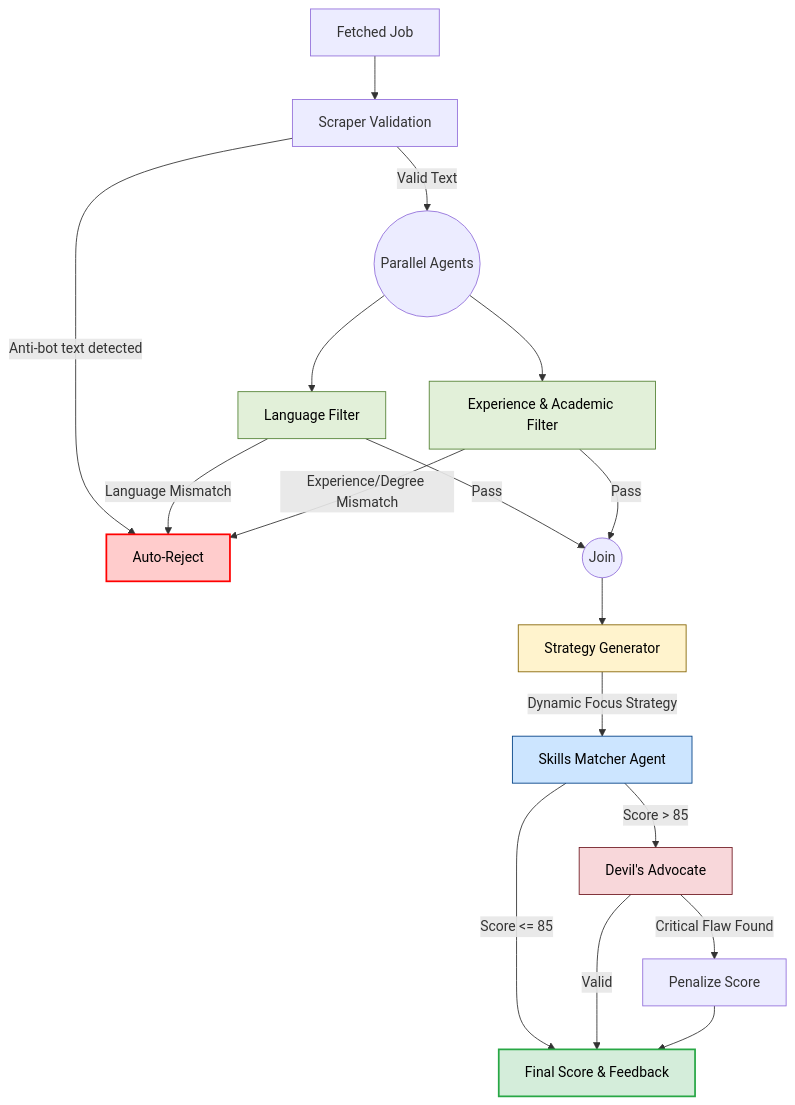
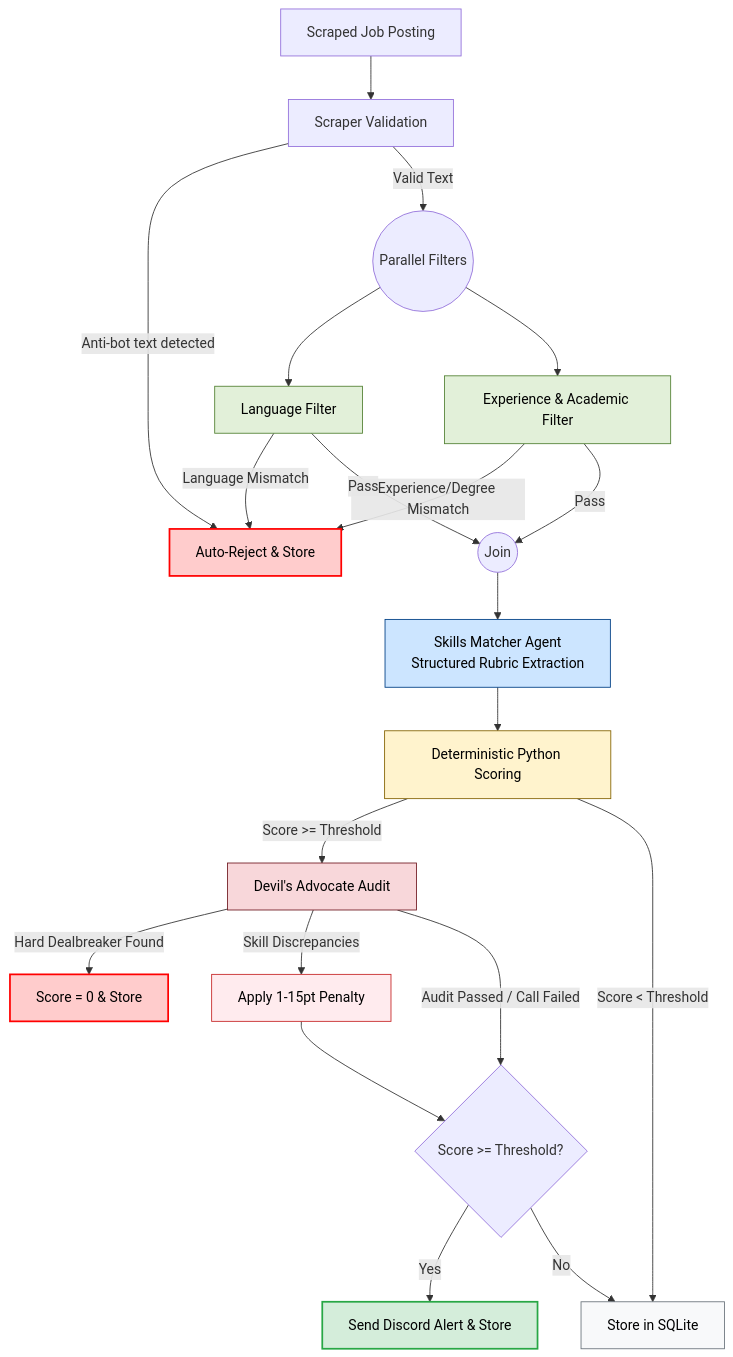
The first of 2 diagrams in README.md (ducchuu/agent-jobfetching), drawn with Mermaid before and after one commit. The commit also changed other lines of this file and 21 other files, not shown here.

````diff
--- a/README.md
+++ b/README.md
@@ -83,33 +136,40 @@
 ```mermaid
 flowchart TD
-    A[Fetched Job] --> V[Scraper Validation]
-    V -- "Anti-bot text detected" --> R1[Auto-Reject]
+    A[Scraped Job Posting] --> V[Scraper Validation]
+    V -- "Anti-bot text detected" --> R1[Auto-Reject & Store]
     
-    V -- "Valid Text" --> PA((Parallel Agents))
+    V -- "Valid Text" --> PA((Parallel Filters))
     PA --> B[Language Filter]
     PA --> C[Experience & Academic Filter]
     
     B -- "Language Mismatch" --> R1
     C -- "Experience/Degree Mismatch" --> R1
     
     B -- "Pass" --> J((Join))
     C -- "Pass" --> J
     
-    J --> S[Strategy Generator]
-    S -- "Dynamic Focus Strategy" --> D[Skills Matcher Agent]
+    J --> D[Skills Matcher Agent<br/>Structured Rubric Extraction]
+    D --> M[Deterministic Python Scoring]
     
-    D -- "Score > 85" --> DA[Devil's Advocate]
-    D -- "Score <= 85" --> E[Final Score & Feedback]
+    M -- "Score >= Threshold" --> DA[Devil's Advocate Audit]
+    M -- "Score < Threshold" --> S1[Store in SQLite]
     
-    DA -- "Critical Flaw Found" --> P[Penalize Score]
-    DA -- "Valid" --> E
-    P --> E
+    DA -- "Hard Dealbreaker Found" --> R2[Score = 0 & Store]
+    DA -- "Skill Discrepancies" --> P[Apply 1-15pt Penalty]
+    DA -- "Audit Passed / Call Failed" --> DEC{Score >= Threshold?}
+    P --> DEC
     
+    DEC -- Yes --> N[Send Discord Alert & Store]
+    DEC -- No --> S1
+
     style R1 fill:#ffcccc,stroke:#ff0000,stroke-width:2px,color:#000
-    style E fill:#d4edda,stroke:#28a745,stroke-width:2px,color:#000
+    style R2 fill:#ffcccc,stroke:#ff0000,stroke-width:2px,color:#000
+    style N fill:#d4edda,stroke:#28a745,stroke-width:2px,color:#000
+    style S1 fill:#f8f9fa,stroke:#6c757d,color:#000
     style B fill:#e2f0d9,stroke:#548235,color:#000
     style C fill:#e2f0d9,stroke:#548235,color:#000
-    style S fill:#fff3cd,stroke:#856404,color:#000
     style D fill:#cce5ff,stroke:#004085,color:#000
+    style M fill:#fff3cd,stroke:#856404,color:#000
     style DA fill:#f8d7da,stroke:#721c24,color:#000
+    style P fill:#ffebee,stroke:#c62828,color:#000
 ```
````
